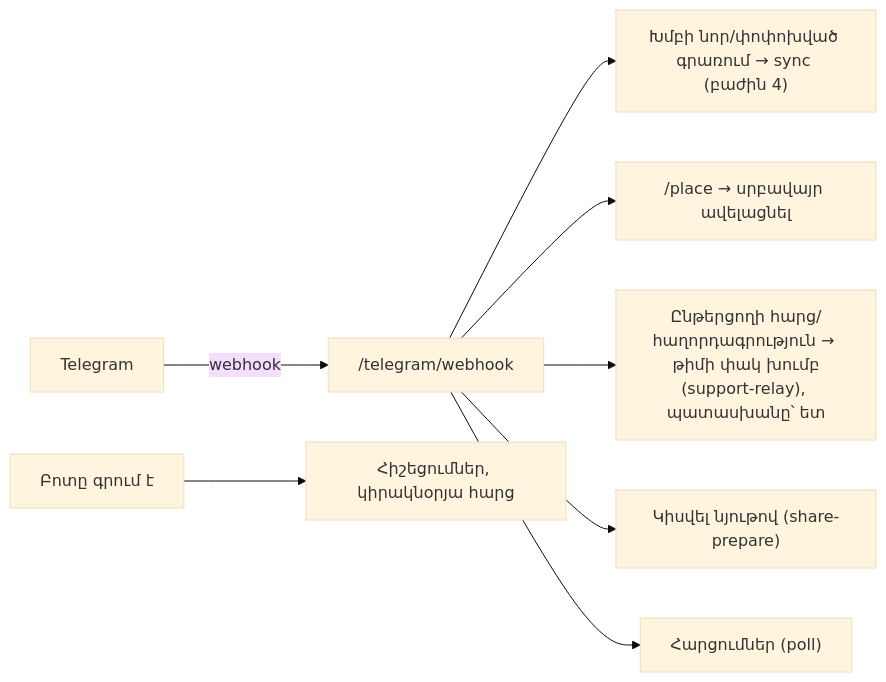
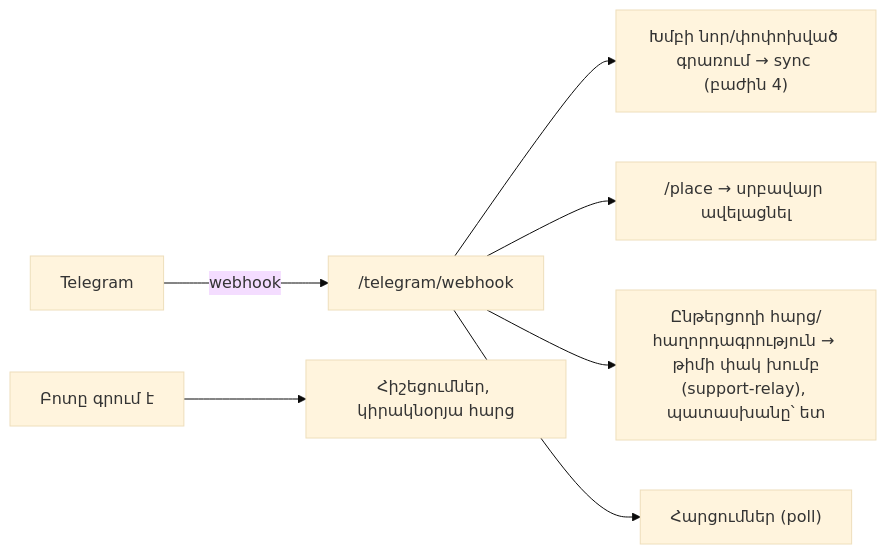
Before and after one commit to T0n0yan/armenian-apostolic-digital-library: diagram 12 of 25 in docs/ARCHITECTURE.md, drawn with Mermaid (base theme). The commit also changed other lines of this file and 12 other files, not shown here.

````diff
--- a/docs/ARCHITECTURE.md
+++ b/docs/ARCHITECTURE.md
@@ -377,10 +377,9 @@
 ```mermaid
 flowchart LR
   TGU["Telegram"] -->|"webhook"| WH["/telegram/webhook"]
   WH --> G1["Խմբի նոր/փոփոխված գրառում → sync (բաժին 4)"]
   WH --> G2["/place → սրբավայր ավելացնել"]
   WH --> G3["Ընթերցողի հարց/հաղորդագրություն → թիմի փակ խումբ<br/>(support-relay), պատասխանը՝ ետ"]
-  WH --> G4["Կիսվել նյութով (share-prepare)"]
   WH --> G5["Հարցումներ (poll)"]
   BOTOUT["Բոտը գրում է"] --> H["Հիշեցումներ, կիրակնօրյա հարց"]
 ```
````
